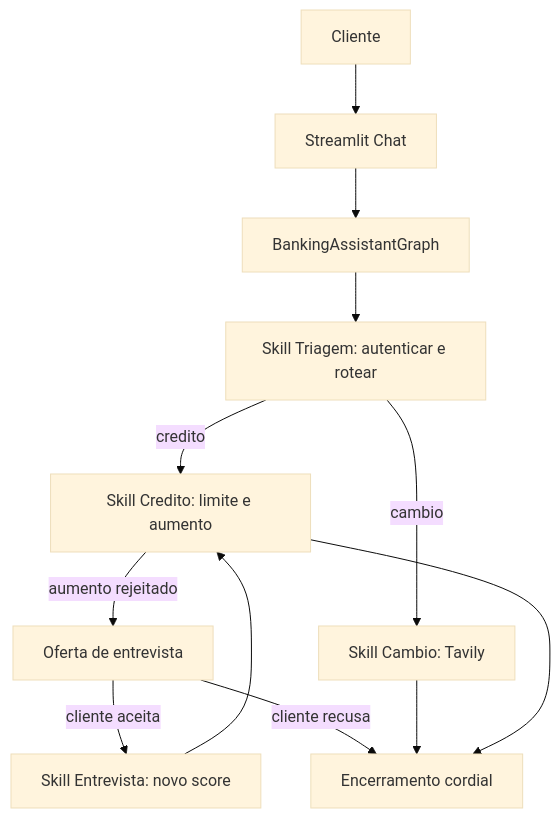
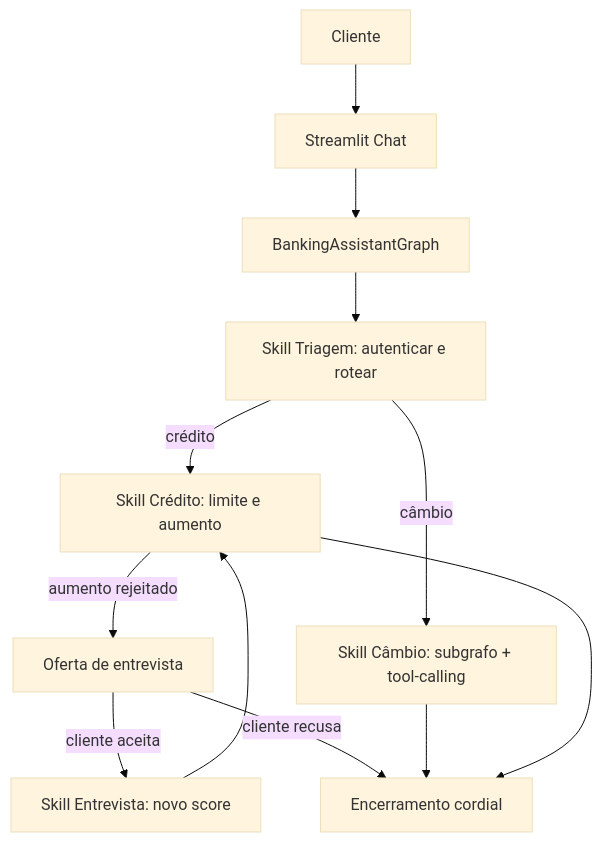
The first of 2 diagrams in README.md (biancamartello/challenge_consultor_tech4h), drawn with Mermaid (base theme) before and after one commit. The commit also changed other lines of this file and 9 other files, not shown here.

First line of the commit message:
Rewrite README and specs in proper pt-BR, reflecting current architecture

````diff
--- a/README.md
+++ b/README.md
@@ -43,14 +43,14 @@
 ```mermaid
 flowchart TD
     cliente["Cliente"] --> ui["Streamlit Chat"]
     ui --> grafo["BankingAssistantGraph"]
     grafo --> triagem["Skill Triagem: autenticar e rotear"]
-    triagem -->|"credito"| credito["Skill Credito: limite e aumento"]
-    triagem -->|"cambio"| cambio["Skill Cambio: Tavily"]
+    triagem -->|"crédito"| credito["Skill Crédito: limite e aumento"]
+    triagem -->|"câmbio"| cambio["Skill Câmbio: subgrafo + tool-calling"]
     credito -->|"aumento rejeitado"| oferta["Oferta de entrevista"]
     oferta -->|"cliente aceita"| entrevista["Skill Entrevista: novo score"]
     oferta -->|"cliente recusa"| encerra["Encerramento cordial"]
     entrevista --> credito
     cambio --> encerra
     credito --> encerra
 ```
````
